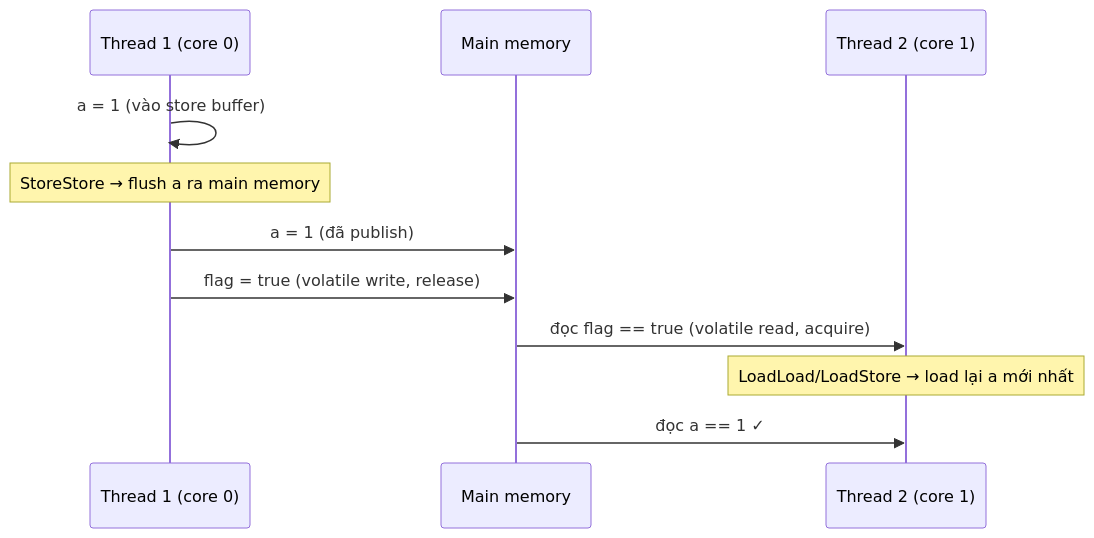
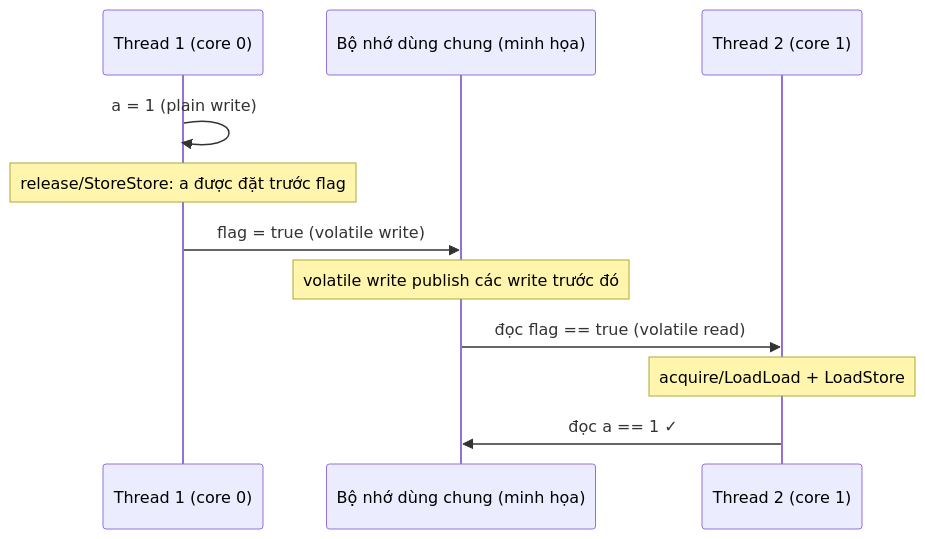
Before and after one commit to vanhiep99w/jmm: the diagram in content/docs/jmm/04-memory-barriers.md, drawn with Mermaid. The commit also changed other lines of this file, not shown here.

Commit message:
docs: explain volatile memory barriers

````diff
--- a/content/docs/jmm/04-memory-barriers.md
+++ b/content/docs/jmm/04-memory-barriers.md
@@ -117,13 +215,13 @@
 ```mermaid
 sequenceDiagram
     participant T1 as Thread 1 (core 0)
-    participant MM as Main memory
+    participant MM as Bộ nhớ dùng chung (minh họa)
     participant T2 as Thread 2 (core 1)
-    T1->>T1: a = 1 (vào store buffer)
-    Note over T1: StoreStore → flush a ra main memory
-    T1->>MM: a = 1 (đã publish)
-    T1->>MM: flag = true (volatile write, release)
-    MM->>T2: đọc flag == true (volatile read, acquire)
-    Note over T2: LoadLoad/LoadStore → load lại a mới nhất
-    MM->>T2: đọc a == 1 ✓
+    T1->>T1: a = 1 (plain write)
+    Note over T1: release/StoreStore: a được đặt trước flag
+    T1->>MM: flag = true (volatile write)
+    Note over MM: volatile write publish các write trước đó
+    MM->>T2: đọc flag == true (volatile read)
+    Note over T2: acquire/LoadLoad + LoadStore
+    T2->>MM: đọc a == 1 ✓
 ```
````
